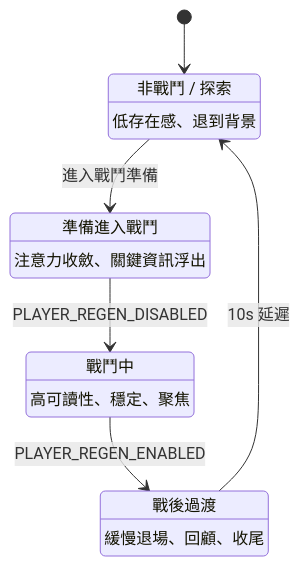
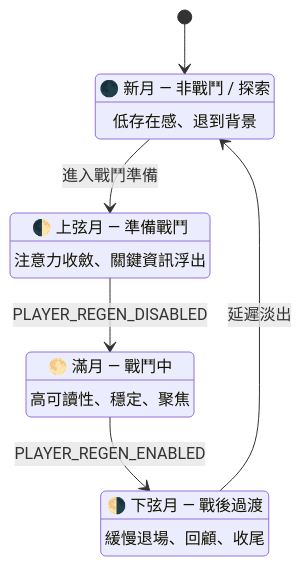
Before and after one commit to Neal75418/lunar-ui: the second of 5 diagrams in README.md, drawn with Mermaid. The commit also changed other lines of this file and 9 other files, not shown here.

````diff
--- a/README.md
+++ b/README.md
@@ -79,20 +169,20 @@
 ```mermaid
 stateDiagram-v2
     [*] --> NEW
     NEW --> WAXING : 進入戰鬥準備
     WAXING --> FULL : PLAYER_REGEN_DISABLED
     FULL --> WANING : PLAYER_REGEN_ENABLED
-    WANING --> NEW : 10s 延遲
+    WANING --> NEW : 延遲淡出
 
-    NEW : 非戰鬥 / 探索
+    NEW : 🌑 新月 — 非戰鬥 / 探索
     NEW : 低存在感、退到背景
 
-    WAXING : 準備進入戰鬥
+    WAXING : 🌓 上弦月 — 準備戰鬥
     WAXING : 注意力收斂、關鍵資訊浮出
 
-    FULL : 戰鬥中
+    FULL : 🌕 滿月 — 戰鬥中
     FULL : 高可讀性、穩定、聚焦
 
-    WANING : 戰後過渡
+    WANING : 🌗 下弦月 — 戰後過渡
     WANING : 緩慢退場、回顧、收尾
 ```
````
